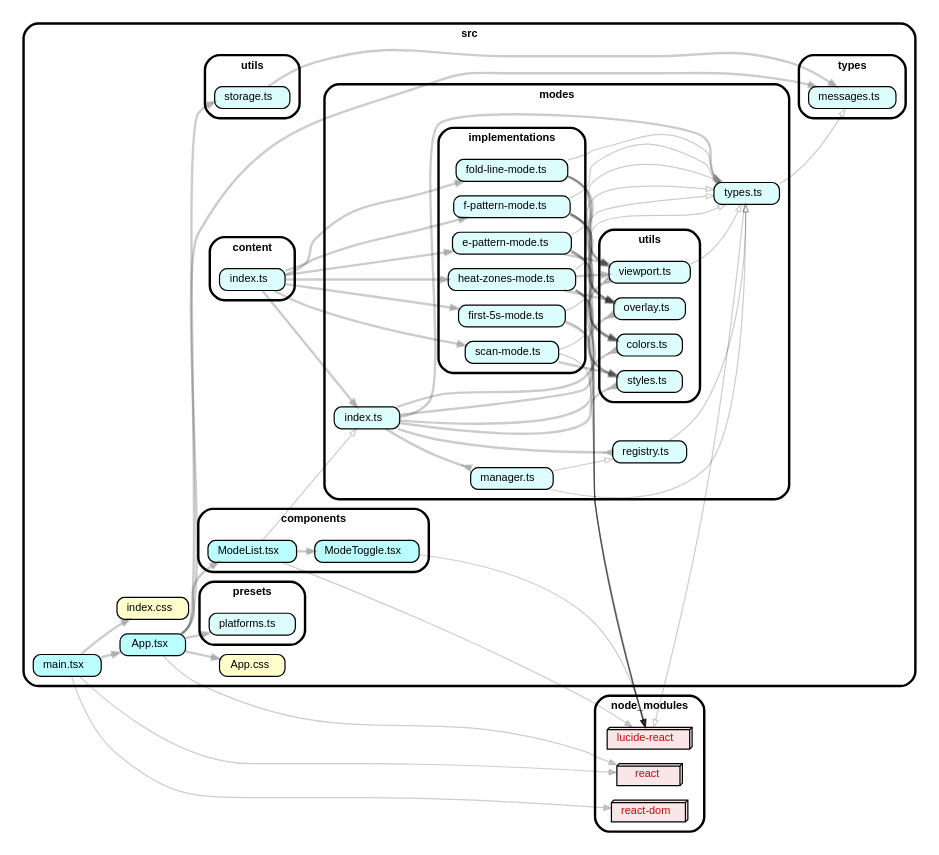
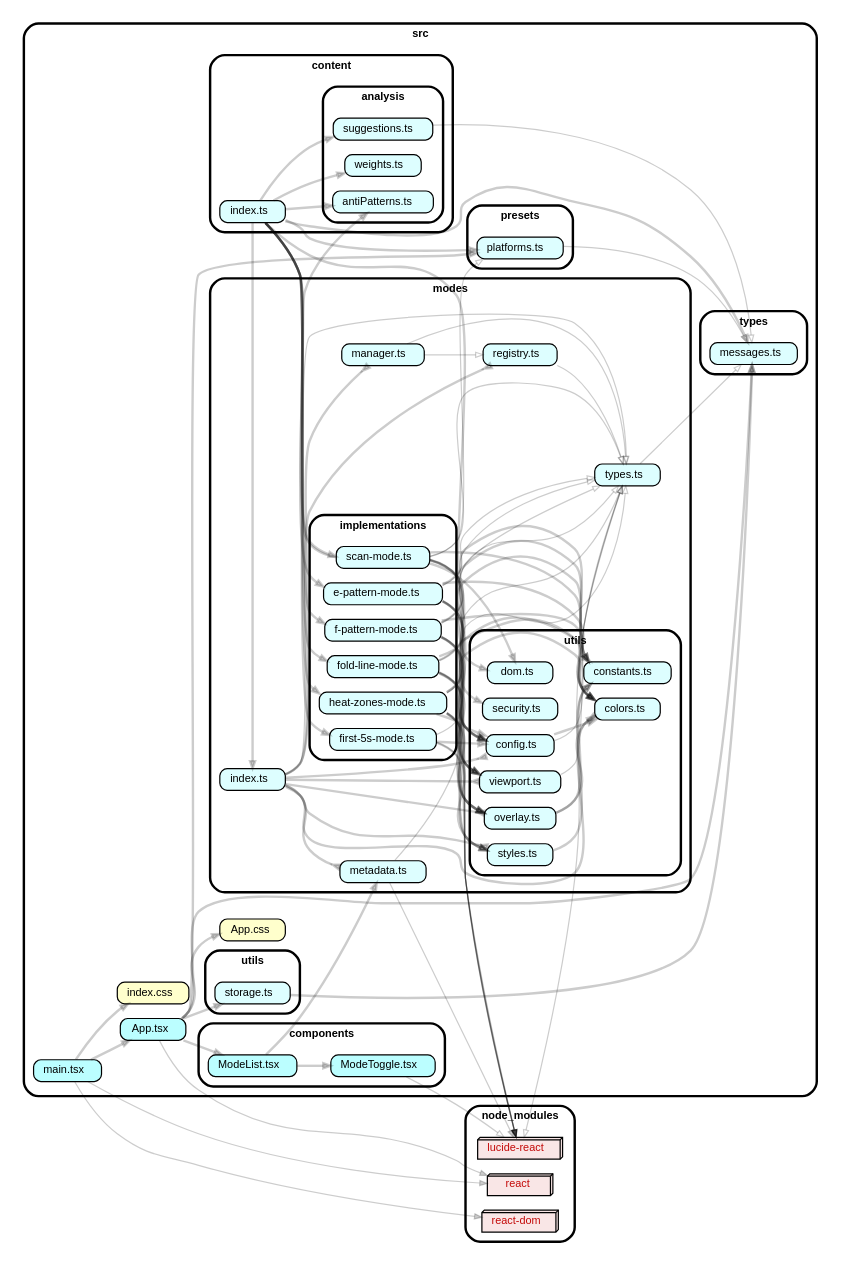
The diagram in dependency-graph.dot (adnumaro/scan-vision-linter), drawn with Graphviz before and after one commit. The commit also changed 1 other file, not shown here.

Commit message:
chore: update dependency graph
- Add DetectedProblem type with count, penalty, type, description
- Build problems array in analyzeScannability with actual penalties
- New Problems section in popup showing "5× Description -25" format
- Add warnings (⚠️) to breakdown when Emphasis=0 or Code=0 with issues
- Remove old simple alerts, replace with structured problems display

🤖 Generated with [Claude Code](https://claude.com/claude-code)

```diff
--- a/dependency-graph.dot
+++ b/dependency-graph.dot
@@ -15,11 +15,14 @@
     "src/App.tsx" -> "src/utils/storage.ts"
     "src/App.tsx" -> "node_modules/react" [penwidth="1.0"]
     subgraph "cluster_src" {label="src" subgraph "cluster_src/components" {label="components" "src/components/ModeList.tsx" [label=<ModeList.tsx> tooltip="ModeList.tsx" URL="src/components/ModeList.tsx" fillcolor="#bbfeff"] } }
-    "src/components/ModeList.tsx" -> "src/modes/index.ts" [arrowhead="onormal" penwidth="1.0"]
+    "src/components/ModeList.tsx" -> "src/modes/metadata.ts"
     "src/components/ModeList.tsx" -> "src/components/ModeToggle.tsx"
-    "src/components/ModeList.tsx" -> "node_modules/lucide-react" [penwidth="1.0"]
     subgraph "cluster_src" {label="src" subgraph "cluster_src/components" {label="components" "src/components/ModeToggle.tsx" [label=<ModeToggle.tsx> tooltip="ModeToggle.tsx" URL="src/components/ModeToggle.tsx" fillcolor="#bbfeff"] } }
     "src/components/ModeToggle.tsx" -> "node_modules/lucide-react" [penwidth="1.0" arrowhead="onormal"]
+    subgraph "cluster_src" {label="src" subgraph "cluster_src/content" {label="content" subgraph "cluster_src/content/analysis" {label="analysis" "src/content/analysis/antiPatterns.ts" [label=<antiPatterns.ts> tooltip="antiPatterns.ts" URL="src/content/analysis/antiPatterns.ts" fillcolor="#ddfeff"] } } }
+    subgraph "cluster_src" {label="src" subgraph "cluster_src/content" {label="content" subgraph "cluster_src/content/analysis" {label="analysis" "src/content/analysis/suggestions.ts" [label=<suggestions.ts> tooltip="suggestions.ts" URL="src/content/analysis/suggestions.ts" fillcolor="#ddfeff"] } } }
+    "src/content/analysis/suggestions.ts" -> "src/types/messages.ts" [arrowhead="onormal" penwidth="1.0"]
+    subgraph "cluster_src" {label="src" subgraph "cluster_src/content" {label="content" subgraph "cluster_src/content/analysis" {label="analysis" "src/content/analysis/weights.ts" [label=<weights.ts> tooltip="weights.ts" URL="src/content/analysis/weights.ts" fillcolor="#ddfeff"] } } }
     subgraph "cluster_src" {label="src" subgraph "cluster_src/content" {label="content" "src/content/index.ts" [label=<index.ts> tooltip="index.ts" URL="src/content/index.ts" fillcolor="#ddfeff"] } }
     "src/content/index.ts" -> "src/modes/index.ts"
     "src/content/index.ts" -> "src/modes/implementations/e-pattern-mode.ts"
@@ -28,6 +31,12 @@
     "src/content/index.ts" -> "src/modes/implementations/fold-line-mode.ts"
     "src/content/index.ts" -> "src/modes/implementations/heat-zones-mode.ts"
     "src/content/index.ts" -> "src/modes/implementations/scan-mode.ts"
+    "src/content/index.ts" -> "src/modes/utils/dom.ts"
+    "src/content/index.ts" -> "src/presets/platforms.ts"
+    "src/content/index.ts" -> "src/types/messages.ts"
+    "src/content/index.ts" -> "src/content/analysis/antiPatterns.ts"
+    "src/content/index.ts" -> "src/content/analysis/suggestions.ts"
+    "src/content/index.ts" -> "src/content/analysis/weights.ts"
     subgraph "cluster_src" {label="src" "src/index.css" [label=<index.css> tooltip="index.css" URL="src/index.css" ] }
     subgraph "cluster_src" {label="src" "src/main.tsx" [label=<main.tsx> tooltip="main.tsx" URL="src/main.tsx" fillcolor="#bbfeff"] }
     "src/main.tsx" -> "src/App.tsx"
@@ -37,57 +46,88 @@
     subgraph "cluster_src" {label="src" subgraph "cluster_src/modes" {label="modes" subgraph "cluster_src/modes/implementations" {label="implementations" "src/modes/implementations/e-pattern-mode.ts" [label=<e-pattern-mode.ts> tooltip="e-pattern-mode.ts" URL="src/modes/implementations/e-pattern-mode.ts" fillcolor="#ddfeff"] } } }
     "src/modes/implementations/e-pattern-mode.ts" -> "src/modes/types.ts" [arrowhead="onormal" penwidth="1.0"]
     "src/modes/implementations/e-pattern-mode.ts" -> "src/modes/utils/colors.ts"
+    "src/modes/implementations/e-pattern-mode.ts" -> "src/modes/utils/config.ts"
+    "src/modes/implementations/e-pattern-mode.ts" -> "src/modes/utils/constants.ts"
     "src/modes/implementations/e-pattern-mode.ts" -> "src/modes/utils/overlay.ts"
     "src/modes/implementations/e-pattern-mode.ts" -> "src/modes/utils/viewport.ts"
     "src/modes/implementations/e-pattern-mode.ts" -> "node_modules/lucide-react" [penwidth="1.0"]
     subgraph "cluster_src" {label="src" subgraph "cluster_src/modes" {label="modes" subgraph "cluster_src/modes/implementations" {label="implementations" "src/modes/implementations/f-pattern-mode.ts" [label=<f-pattern-mode.ts> tooltip="f-pattern-mode.ts" URL="src/modes/implementations/f-pattern-mode.ts" fillcolor="#ddfeff"] } } }
     "src/modes/implementations/f-pattern-mode.ts" -> "src/modes/types.ts" [arrowhead="onormal" penwidth="1.0"]
     "src/modes/implementations/f-pattern-mode.ts" -> "src/modes/utils/colors.ts"
+    "src/modes/implementations/f-pattern-mode.ts" -> "src/modes/utils/config.ts"
+    "src/modes/implementations/f-pattern-mode.ts" -> "src/modes/utils/constants.ts"
     "src/modes/implementations/f-pattern-mode.ts" -> "src/modes/utils/overlay.ts"
     "src/modes/implementations/f-pattern-mode.ts" -> "src/modes/utils/viewport.ts"
     "src/modes/implementations/f-pattern-mode.ts" -> "node_modules/lucide-react" [penwidth="1.0"]
     subgraph "cluster_src" {label="src" subgraph "cluster_src/modes" {label="modes" subgraph "cluster_src/modes/implementations" {label="implementations" "src/modes/implementations/first-5s-mode.ts" [label=<first-5s-mode.ts> tooltip="first-5s-mode.ts" URL="src/modes/implementations/first-5s-mode.ts" fillcolor="#ddfeff"] } } }
     "src/modes/implementations/first-5s-mode.ts" -> "src/modes/types.ts" [arrowhead="onormal" penwidth="1.0"]
+    "src/modes/implementations/first-5s-mode.ts" -> "src/modes/utils/config.ts"
     "src/modes/implementations/first-5s-mode.ts" -> "src/modes/utils/styles.ts"
     "src/modes/implementations/first-5s-mode.ts" -> "node_modules/lucide-react" [penwidth="1.0"]
     subgraph "cluster_src" {label="src" subgraph "cluster_src/modes" {label="modes" subgraph "cluster_src/modes/implementations" {label="implementations" "src/modes/implementations/fold-line-mode.ts" [label=<fold-line-mode.ts> tooltip="fold-line-mode.ts" URL="src/modes/implementations/fold-line-mode.ts" fillcolor="#ddfeff"] } } }
     "src/modes/implementations/fold-line-mode.ts" -> "src/modes/types.ts" [arrowhead="onormal" penwidth="1.0"]
+    "src/modes/implementations/fold-line-mode.ts" -> "src/modes/utils/colors.ts"
+    "src/modes/implementations/fold-line-mode.ts" -> "src/modes/utils/config.ts"
+    "src/modes/implementations/fold-line-mode.ts" -> "src/modes/utils/constants.ts"
     "src/modes/implementations/fold-line-mode.ts" -> "src/modes/utils/overlay.ts"
     "src/modes/implementations/fold-line-mode.ts" -> "src/modes/utils/viewport.ts"
     "src/modes/implementations/fold-line-mode.ts" -> "node_modules/lucide-react" [penwidth="1.0"]
     subgraph "cluster_src" {label="src" subgraph "cluster_src/modes" {label="modes" subgraph "cluster_src/modes/implementations" {label="implementations" "src/modes/implementations/heat-zones-mode.ts" [label=<heat-zones-mode.ts> tooltip="heat-zones-mode.ts" URL="src/modes/implementations/heat-zones-mode.ts" fillcolor="#ddfeff"] } } }
     "src/modes/implementations/heat-zones-mode.ts" -> "src/modes/types.ts" [arrowhead="onormal" penwidth="1.0"]
     "src/modes/implementations/heat-zones-mode.ts" -> "src/modes/utils/colors.ts"
+    "src/modes/implementations/heat-zones-mode.ts" -> "src/modes/utils/config.ts"
+    "src/modes/implementations/heat-zones-mode.ts" -> "src/modes/utils/constants.ts"
     "src/modes/implementations/heat-zones-mode.ts" -> "src/modes/utils/overlay.ts"
     "src/modes/implementations/heat-zones-mode.ts" -> "src/modes/utils/styles.ts"
     "src/modes/implementations/heat-zones-mode.ts" -> "src/modes/utils/viewport.ts"
     "src/modes/implementations/heat-zones-mode.ts" -> "node_modules/lucide-react" [penwidth="1.0"]
     subgraph "cluster_src" {label="src" subgraph "cluster_src/modes" {label="modes" subgraph "cluster_src/modes/implementations" {label="implementations" "src/modes/implementations/scan-mode.ts" [label=<scan-mode.ts> tooltip="scan-mode.ts" URL="src/modes/implementations/scan-mode.ts" fillcolor="#ddfeff"] } } }
+    "src/modes/implementations/scan-mode.ts" -> "src/content/analysis/antiPatterns.ts"
+    "src/modes/implementations/scan-mode.ts" -> "src/presets/platforms.ts" [arrowhead="onormal" penwidth="1.0"]
     "src/modes/implementations/scan-mode.ts" -> "src/modes/types.ts" [arrowhead="onormal" penwidth="1.0"]
+    "src/modes/implementations/scan-mode.ts" -> "src/modes/utils/colors.ts"
+    "src/modes/implementations/scan-mode.ts" -> "src/modes/utils/config.ts"
+    "src/modes/implementations/scan-mode.ts" -> "src/modes/utils/dom.ts"
+    "src/modes/implementations/scan-mode.ts" -> "src/modes/utils/security.ts"
     "src/modes/implementations/scan-mode.ts" -> "src/modes/utils/styles.ts"
     "src/modes/implementations/scan-mode.ts" -> "node_modules/lucide-react" [penwidth="1.0"]
     subgraph "cluster_src" {label="src" subgraph "cluster_src/modes" {label="modes" "src/modes/index.ts" [label=<index.ts> tooltip="index.ts" URL="src/modes/index.ts" fillcolor="#ddfeff"] } }
     "src/modes/index.ts" -> "src/modes/manager.ts" [arrowhead="inv"]
+    "src/modes/index.ts" -> "src/modes/metadata.ts" [arrowhead="inv"]
     "src/modes/index.ts" -> "src/modes/registry.ts" [arrowhead="inv"]
-    "src/modes/index.ts" -> "src/modes/types.ts" [arrowhead="inv"]
+    "src/modes/index.ts" -> "src/modes/types.ts" [arrowhead="onormal" penwidth="1.0"]
     "src/modes/index.ts" -> "src/modes/utils/colors.ts" [arrowhead="inv"]
+    "src/modes/index.ts" -> "src/modes/utils/config.ts" [arrowhead="inv"]
     "src/modes/index.ts" -> "src/modes/utils/overlay.ts" [arrowhead="inv"]
     "src/modes/index.ts" -> "src/modes/utils/styles.ts" [arrowhead="inv"]
     "src/modes/index.ts" -> "src/modes/utils/viewport.ts" [arrowhead="inv"]
     subgraph "cluster_src" {label="src" subgraph "cluster_src/modes" {label="modes" "src/modes/manager.ts" [label=<manager.ts> tooltip="manager.ts" URL="src/modes/manager.ts" fillcolor="#ddfeff"] } }
     "src/modes/manager.ts" -> "src/modes/registry.ts" [arrowhead="onormal" penwidth="1.0"]
     "src/modes/manager.ts" -> "src/modes/types.ts" [arrowhead="onormal" penwidth="1.0"]
+    subgraph "cluster_src" {label="src" subgraph "cluster_src/modes" {label="modes" "src/modes/metadata.ts" [label=<metadata.ts> tooltip="metadata.ts" URL="src/modes/metadata.ts" fillcolor="#ddfeff"] } }
+    "src/modes/metadata.ts" -> "src/modes/types.ts" [arrowhead="onormal" penwidth="1.0"]
+    "src/modes/metadata.ts" -> "node_modules/lucide-react" [penwidth="1.0"]
     subgraph "cluster_src" {label="src" subgraph "cluster_src/modes" {label="modes" "src/modes/registry.ts" [label=<registry.ts> tooltip="registry.ts" URL="src/modes/registry.ts" fillcolor="#ddfeff"] } }
     "src/modes/registry.ts" -> "src/modes/types.ts" [arrowhead="onormal" penwidth="1.0"]
     subgraph "cluster_src" {label="src" subgraph "cluster_src/modes" {label="modes" "src/modes/types.ts" [label=<types.ts> tooltip="types.ts" URL="src/modes/types.ts" fillcolor="#ddfeff"] } }
     "src/modes/types.ts" -> "src/types/messages.ts" [arrowhead="onormal" penwidth="1.0"]
     "src/modes/types.ts" -> "node_modules/lucide-react" [penwidth="1.0" arrowhead="onormal"]
     subgraph "cluster_src" {label="src" subgraph "cluster_src/modes" {label="modes" subgraph "cluster_src/modes/utils" {label="utils" "src/modes/utils/colors.ts" [label=<colors.ts> tooltip="colors.ts" URL="src/modes/utils/colors.ts" fillcolor="#ddfeff"] } } }
+    subgraph "cluster_src" {label="src" subgraph "cluster_src/modes" {label="modes" subgraph "cluster_src/modes/utils" {label="utils" "src/modes/utils/config.ts" [label=<config.ts> tooltip="config.ts" URL="src/modes/utils/config.ts" fillcolor="#ddfeff"] } } }
+    "src/modes/utils/config.ts" -> "src/modes/types.ts" [arrowhead="onormal" penwidth="1.0"]
+    "src/modes/utils/config.ts" -> "src/modes/utils/colors.ts"
+    subgraph "cluster_src" {label="src" subgraph "cluster_src/modes" {label="modes" subgraph "cluster_src/modes/utils" {label="utils" "src/modes/utils/constants.ts" [label=<constants.ts> tooltip="constants.ts" URL="src/modes/utils/constants.ts" fillcolor="#ddfeff"] } } }
+    subgraph "cluster_src" {label="src" subgraph "cluster_src/modes" {label="modes" subgraph "cluster_src/modes/utils" {label="utils" "src/modes/utils/dom.ts" [label=<dom.ts> tooltip="dom.ts" URL="src/modes/utils/dom.ts" fillcolor="#ddfeff"] } } }
     subgraph "cluster_src" {label="src" subgraph "cluster_src/modes" {label="modes" subgraph "cluster_src/modes/utils" {label="utils" "src/modes/utils/overlay.ts" [label=<overlay.ts> tooltip="overlay.ts" URL="src/modes/utils/overlay.ts" fillcolor="#ddfeff"] } } }
+    "src/modes/utils/overlay.ts" -> "src/modes/utils/colors.ts"
+    "src/modes/utils/overlay.ts" -> "src/modes/utils/constants.ts"
+    subgraph "cluster_src" {label="src" subgraph "cluster_src/modes" {label="modes" subgraph "cluster_src/modes/utils" {label="utils" "src/modes/utils/security.ts" [label=<security.ts> tooltip="security.ts" URL="src/modes/utils/security.ts" fillcolor="#ddfeff"] } } }
     subgraph "cluster_src" {label="src" subgraph "cluster_src/modes" {label="modes" subgraph "cluster_src/modes/utils" {label="utils" "src/modes/utils/styles.ts" [label=<styles.ts> tooltip="styles.ts" URL="src/modes/utils/styles.ts" fillcolor="#ddfeff"] } } }
+    "src/modes/utils/styles.ts" -> "src/modes/utils/constants.ts"
     subgraph "cluster_src" {label="src" subgraph "cluster_src/modes" {label="modes" subgraph "cluster_src/modes/utils" {label="utils" "src/modes/utils/viewport.ts" [label=<viewport.ts> tooltip="viewport.ts" URL="src/modes/utils/viewport.ts" fillcolor="#ddfeff"] } } }
     "src/modes/utils/viewport.ts" -> "src/modes/types.ts" [arrowhead="onormal" penwidth="1.0"]
     subgraph "cluster_src" {label="src" subgraph "cluster_src/presets" {label="presets" "src/presets/platforms.ts" [label=<platforms.ts> tooltip="platforms.ts" URL="src/presets/platforms.ts" fillcolor="#ddfeff"] } }
+    "src/presets/platforms.ts" -> "src/types/messages.ts" [arrowhead="onormal" penwidth="1.0"]
     subgraph "cluster_src" {label="src" subgraph "cluster_src/types" {label="types" "src/types/messages.ts" [label=<messages.ts> tooltip="messages.ts" URL="src/types/messages.ts" fillcolor="#ddfeff"] } }
     subgraph "cluster_src" {label="src" subgraph "cluster_src/utils" {label="utils" "src/utils/storage.ts" [label=<storage.ts> tooltip="storage.ts" URL="src/utils/storage.ts" fillcolor="#ddfeff"] } }
     "src/utils/storage.ts" -> "src/types/messages.ts"
```
